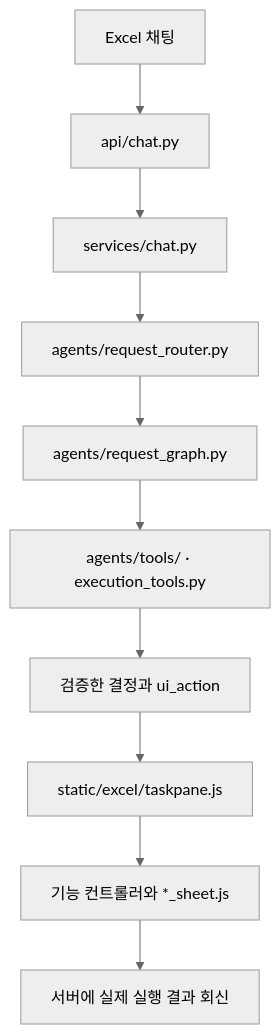
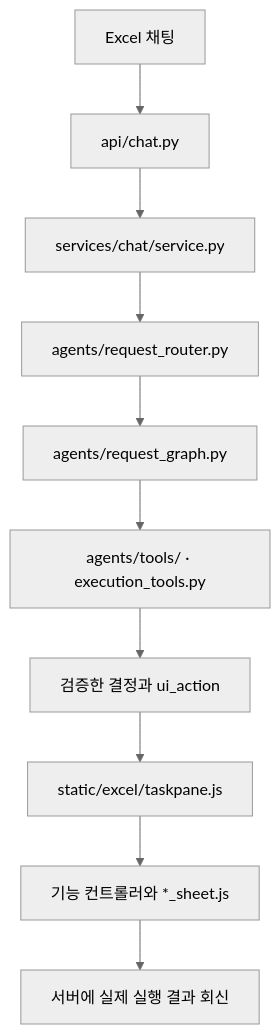
The diagram in docs/architecture.md (baesang0522/KCS_HARNESS), drawn with Mermaid (neutral theme) before and after one commit. The commit also changed other lines of this file and 38 other files, not shown here.

````diff
--- a/docs/architecture.md
+++ b/docs/architecture.md
@@ -7,12 +7,12 @@
 ```mermaid
 flowchart TD
     UI[Excel 채팅] --> API[api/chat.py]
-    API --> CHAT[services/chat.py]
+    API --> CHAT[services/chat/service.py]
     CHAT --> ROUTER[agents/request_router.py]
     ROUTER --> GRAPH[agents/request_graph.py]
     GRAPH --> TOOLS[agents/tools/ · execution_tools.py]
     TOOLS --> ACTION[검증한 결정과 ui_action]
     ACTION --> PANE[static/excel/taskpane.js]
     PANE --> EXCEL[기능 컨트롤러와 *_sheet.js]
     EXCEL --> RESULT[서버에 실제 실행 결과 회신]
 ```
````
